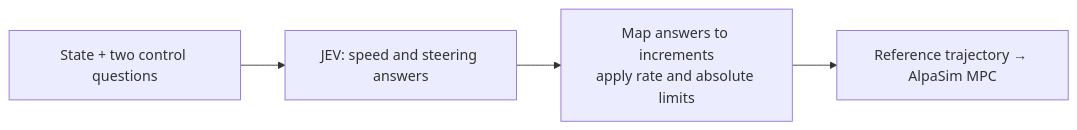
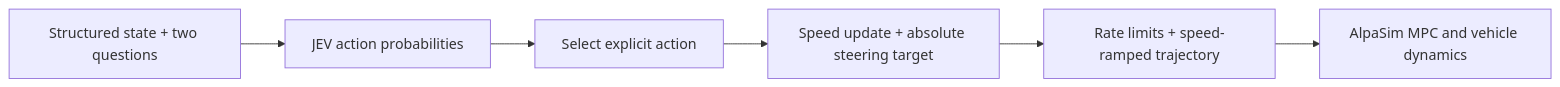
The diagram in docs/jev-control.md (CATS-Lab/JEV-Drive), drawn with Mermaid before and after one commit. The commit also changed other lines of this file and 18 other files, not shown here.

Commit message:
Fix steering accumulation, semantic action levels and overspeed initialization

````diff
--- a/docs/jev-control.md
+++ b/docs/jev-control.md
@@ -7,6 +7,8 @@
 ```mermaid
 flowchart LR
-    A["State + two control questions"] --> B["JEV: speed and steering answers"]
-    B --> C["Map answers to increments<br/>apply rate and absolute limits"]
-    C --> D["Reference trajectory → AlpaSim MPC"]
+    A[Structured state + two questions] --> B[JEV action probabilities]
+    B --> C[Select explicit action]
+    C --> D[Speed update + absolute steering target]
+    D --> E[Rate limits + speed-ramped trajectory]
+    E --> F[AlpaSim MPC and vehicle dynamics]
 ```
````
